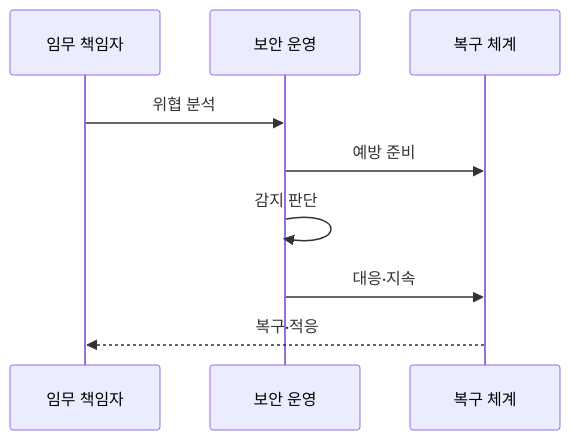
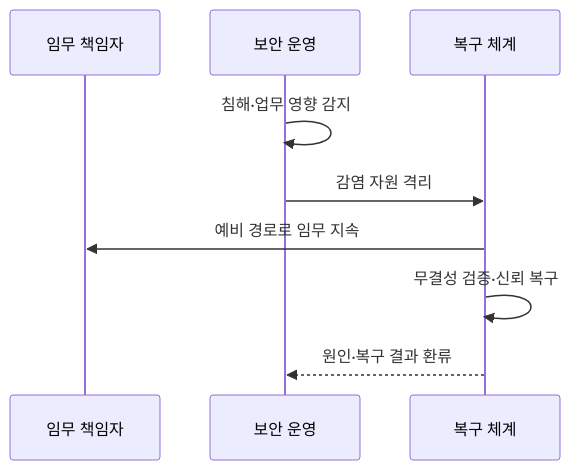
The second of 2 diagrams in src/content/docs/notes/03-software/196_cyber_resilience.md (agnusdei1207/knowledge-base), drawn with Mermaid before and after one commit. The commit also changed other lines of this file and 10 other files, not shown here.

````diff
--- a/src/content/docs/notes/03-software/196_cyber_resilience.md
+++ b/src/content/docs/notes/03-software/196_cyber_resilience.md
@@ -78,11 +78,11 @@
 ```mermaid
 sequenceDiagram
     participant M as 임무 책임자
     participant S as 보안 운영
     participant R as 복구 체계
-    M->>S: 위협 분석
-    S->>R: 예방 준비
-    S->>S: 감지 판단
-    S->>R: 대응·지속
-    R-->>M: 복구·적응
+    S->>S: 침해·업무 영향 감지
+    S->>R: 감염 자원 격리
+    R->>M: 예비 경로로 임무 지속
+    R->>R: 무결성 검증·신뢰 복구
+    R-->>S: 원인·복구 결과 환류
 ```
````
